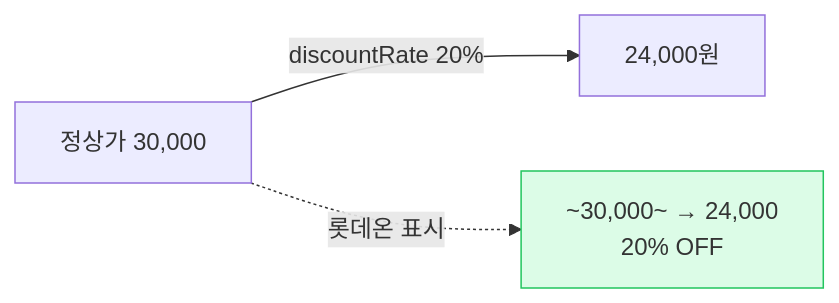
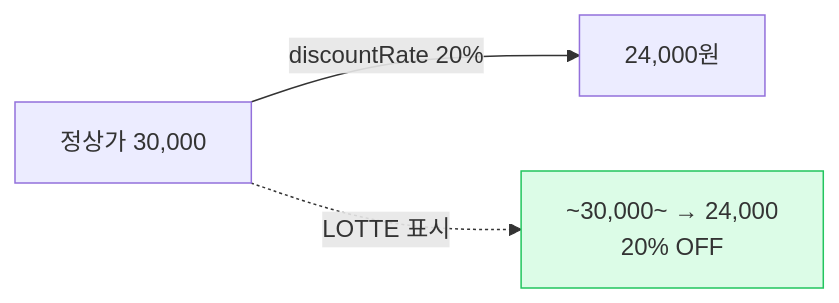
The eighth of 10 diagrams in docs/07-pricing.md (cksdud5785-design/lonit-manual), drawn with Mermaid before and after one commit. The commit also changed other lines of this file and 17 other files, not shown here.

First line of the commit message:
fix: mermaid 한국어 ID → ASCII + 더망고 → T사 일괄 변경

````diff
--- a/docs/07-pricing.md
+++ b/docs/07-pricing.md
@@ -238,7 +238,7 @@
 ```mermaid
 flowchart LR
     Real[정상가 30,000] -->|discountRate 20%| Sale[24,000원]
-    Real -.->|롯데온 표시| Display[~30,000~ → 24,000<br>20% OFF]
+    Real -.->|LOTTE 표시| Display[~30,000~ → 24,000<br>20% OFF]
     
     style Display fill:#dcfce7,stroke:#22c55e
 ```
````
